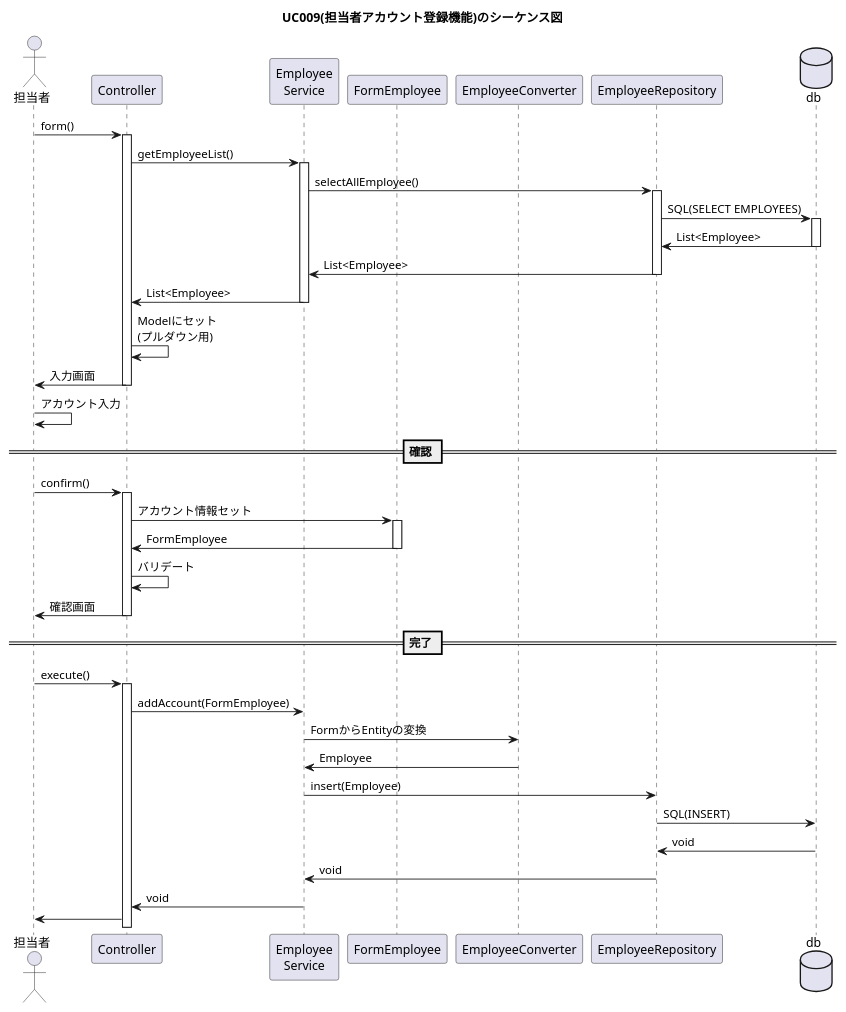
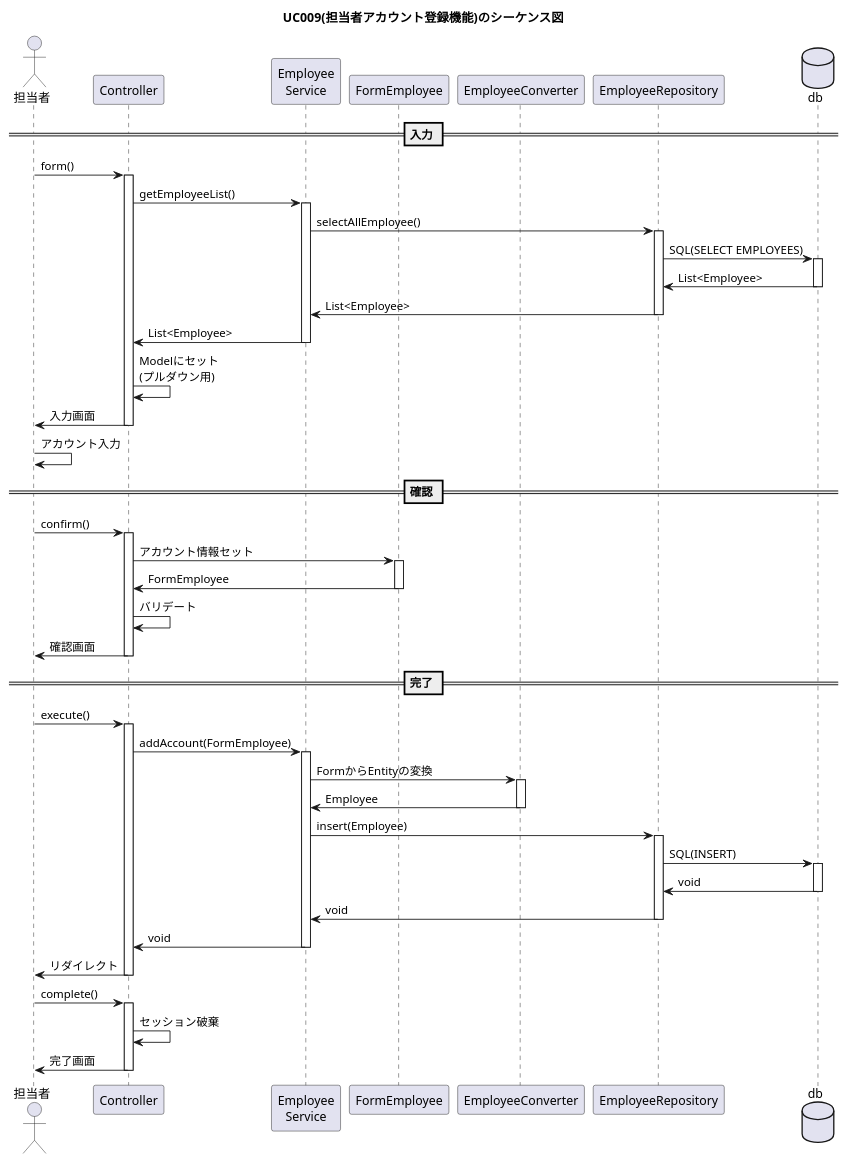
One commit to kanavii3333/ec-b changed the diagram in plan/uml/sequence/uc009.plantuml. Above: the diagram before and after it, drawn with PlantUML.

Commit message:
uc009.plantuml完成

```diff
--- a/plan/uml/sequence/uc009.plantuml
+++ b/plan/uml/sequence/uc009.plantuml
@@ -1,38 +1,42 @@
 @startuml
 
 title UC009(担当者アカウント登録機能)のシーケンス図
 actor "担当者" as user
 participant "Controller" as controller
 participant "Employee\nService" as service
 participant "FormEmployee" as form
 participant "EmployeeConverter" as helper
 participant "EmployeeRepository" as repository
 database "db" as db
+ == 入力 ==
 user -> controller++:form()
 controller -> service++:getEmployeeList()
 service -> repository++:selectAllEmployee()
 repository -> db++:SQL(SELECT EMPLOYEES)
 db -> repository--:List<Employee>
 repository -> service--:List<Employee>
 service -> controller--:List<Employee>
 controller -> controller:Modelにセット\n(プルダウン用)
 controller -> user--:入力画面
 user -> user:アカウント入力 
  == 確認 ==
 user -> controller++:confirm()
 controller -> form++:アカウント情報セット
 form -> controller--:FormEmployee
 controller -> controller:バリデート
 controller -> user--:確認画面
  == 完了 ==
 user -> controller++:execute()
-controller -> service:addAccount(FormEmployee)
-service -> helper:FormからEntityの変換
-helper -> service:Employee
-service -> repository:insert(Employee)
-repository -> db:SQL(INSERT)
-db -> repository:void
-repository -> service:void
-service -> controller:void
-controller -> user
+controller -> service++:addAccount(FormEmployee)
+service -> helper++:FormからEntityの変換
+helper -> service--:Employee
+service -> repository++:insert(Employee)
+repository -> db++:SQL(INSERT)
+db -> repository--:void
+repository -> service--:void
+service -> controller--:void
+controller -> user--:リダイレクト
+user -> controller++:complete()
+controller -> controller:セッション破棄
+controller -> user--:完了画面
 @enduml
```
